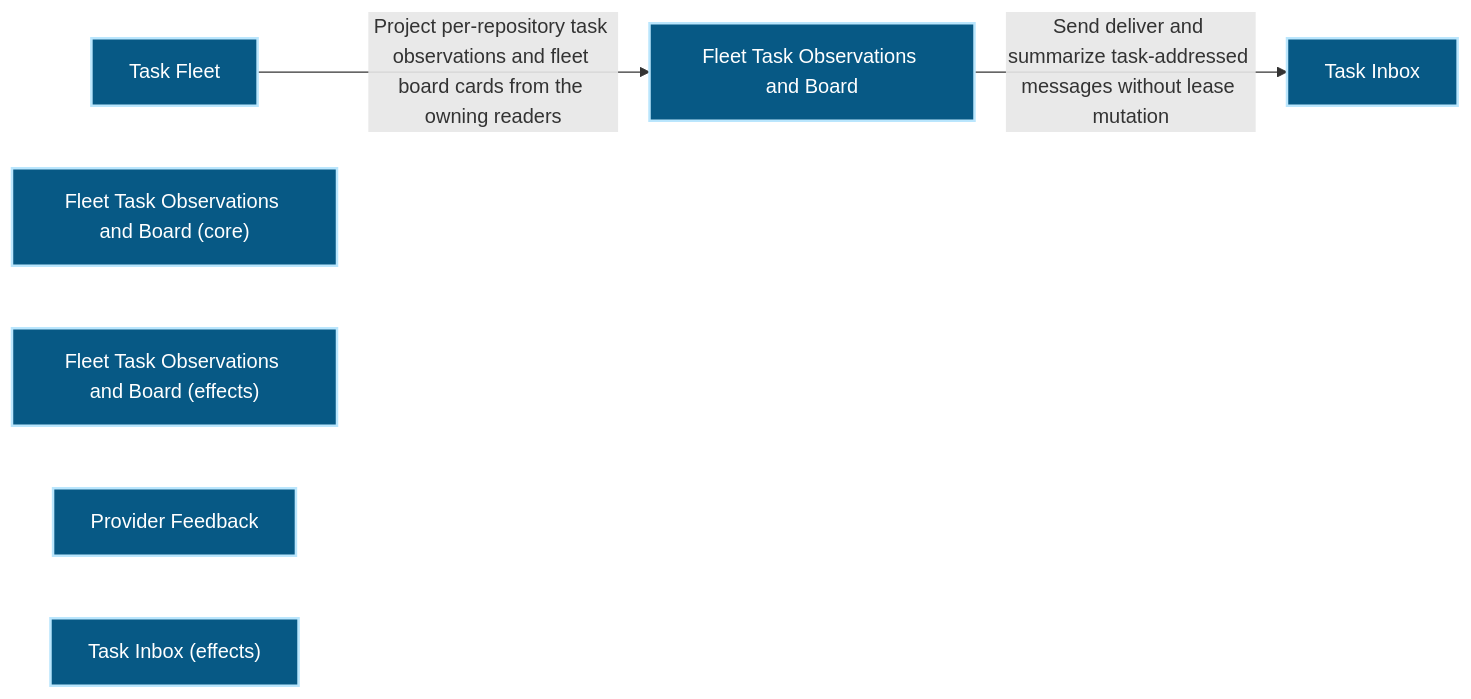
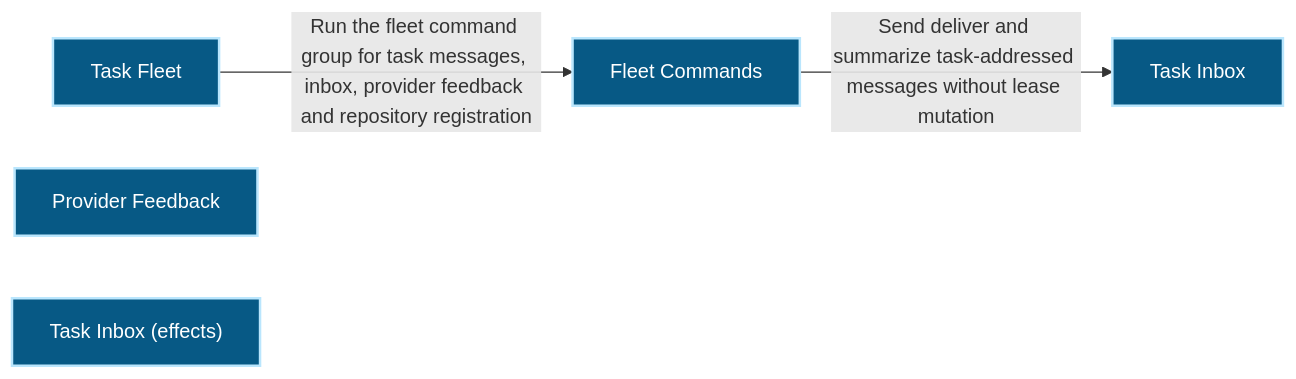
Before and after one commit to Ancienttwo/repo-harness: the first of 2 diagrams in docs/architecture/modules/organization/task-fleet.md, drawn with Mermaid. The commit also changed other lines of this file and 9 other files, not shown here.

First line of the commit message:
docs(architecture): render the capability docs after #1507 (#1592)

````diff
--- a/docs/architecture/modules/organization/task-fleet.md
+++ b/docs/architecture/modules/organization/task-fleet.md
@@ -16,16 +16,14 @@
 ```mermaid
 flowchart LR
   p1_capability_organization_task_fleet_134b5125["Task Fleet"]:::component
-  p1_component_task_fleet_primary_77e10674["Fleet Task Observations and Board"]:::component
-  p1_component_task_fleet_primary_core_c17386da["Fleet Task Observations and Board (core)"]:::component
-  p1_component_task_fleet_primary_effects_7eda8367["Fleet Task Observations and Board (effects)"]:::component
+  p1_component_task_fleet_primary_77e10674["Fleet Commands"]:::component
   p1_component_task_fleet_provider_feedback_76c5dd59["Provider Feedback"]:::component
   p1_component_task_fleet_task_inbox_b42db72f["Task Inbox"]:::component
   p1_component_task_fleet_task_inbox_effects_52f45cf0["Task Inbox (effects)"]:::component
-  p1_capability_organization_task_fleet_134b5125 -->|"Project per-repository task observations and fleet board cards from the owning readers"| p1_component_task_fleet_primary_77e10674
+  p1_capability_organization_task_fleet_134b5125 -->|"Run the fleet command group for task messages#44; inbox#44; provider feedback and repository registration"| p1_component_task_fleet_primary_77e10674
   p1_component_task_fleet_primary_77e10674 -->|"Send deliver and summarize task-addressed messages without lease mutation"| p1_component_task_fleet_task_inbox_b42db72f
   classDef actor fill:#111827,color:#ffffff,stroke:#f9fafb,stroke-width:2px
   classDef component fill:#075985,color:#ffffff,stroke:#bae6fd,stroke-width:2px
   classDef datastore fill:#3f6212,color:#ffffff,stroke:#d9f99d,stroke-width:2px
   classDef external fill:#7c2d12,color:#ffffff,stroke:#fed7aa,stroke-width:2px
 ```
````
